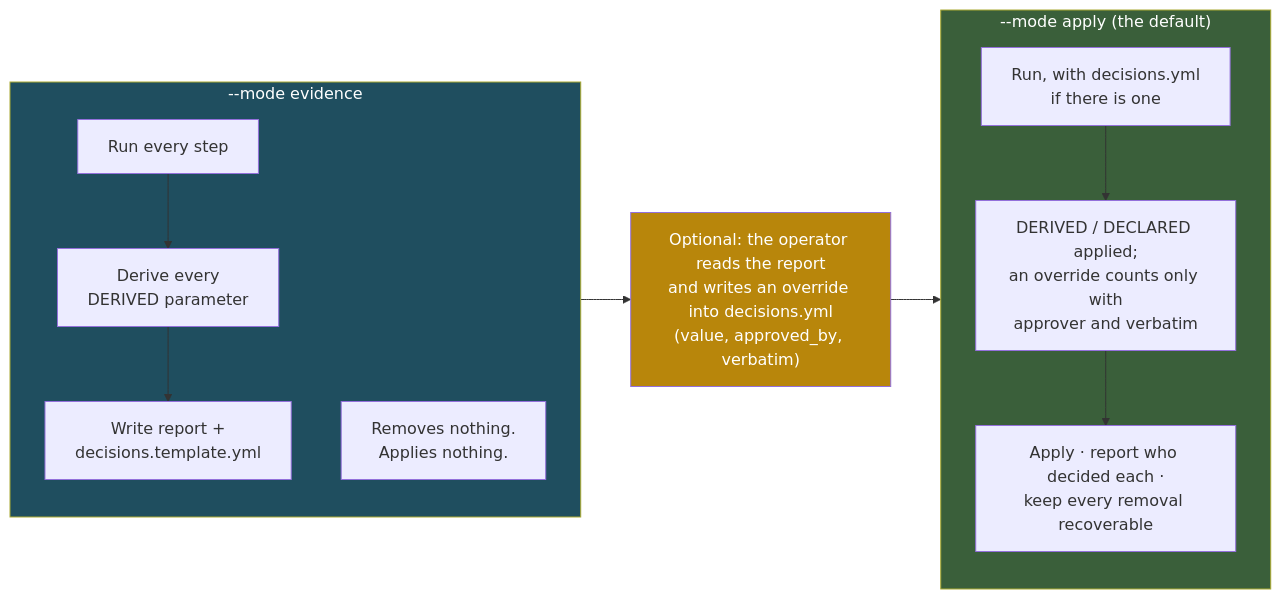
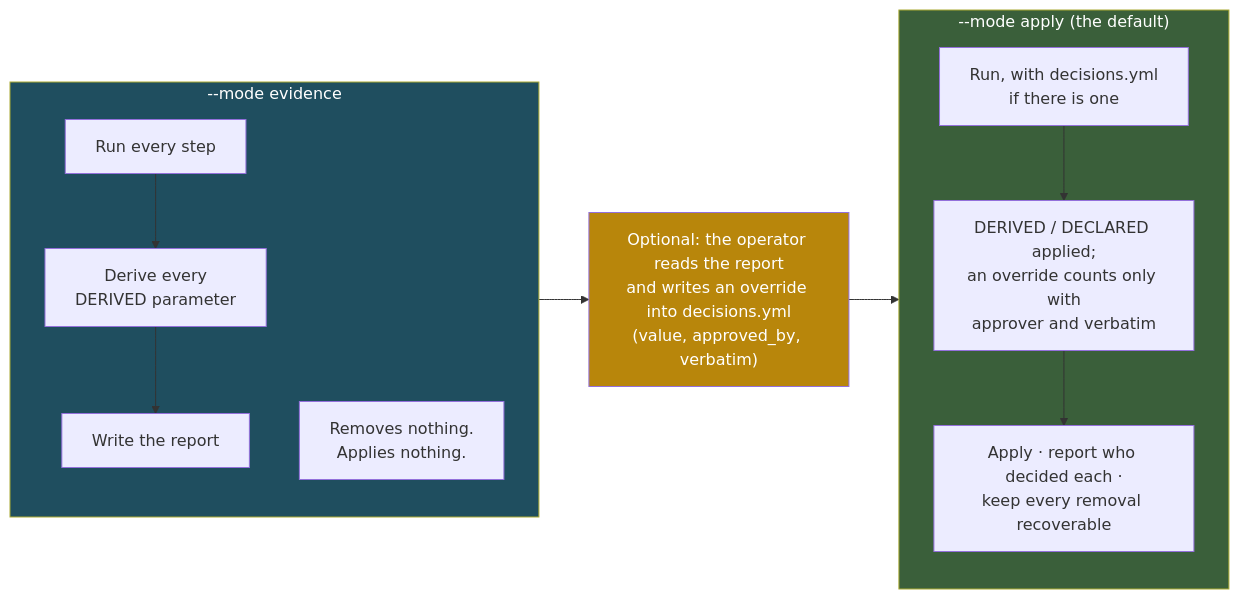
One commit to JiaenLin/scQC changed the second of 3 diagrams in docs/WORKFLOW.md. Above: the diagram before and after it, drawn with Mermaid. The commit also changed other lines of this file and 11 other files, not shown here.

````diff
--- a/docs/WORKFLOW.md
+++ b/docs/WORKFLOW.md
@@ -232,19 +235,19 @@
 ```mermaid
 flowchart LR
     subgraph E["--mode evidence"]
         direction TB
         E1["Run every step"] --> E2["Derive every<br/>DERIVED parameter"]
-        E2 --> E3["Write report +<br/>decisions.template.yml"]
+        E2 --> E3["Write the report"]
         E4["Removes nothing.<br/>Applies nothing."]
     end
     E3 --> H["Optional: the operator reads the report<br/>and writes an override into decisions.yml<br/>(value, approved_by, verbatim)"]
     H --> A
     subgraph A["--mode apply (the default)"]
         direction TB
         A1["Run, with decisions.yml<br/>if there is one"] --> A2["DERIVED / DECLARED applied;<br/>an override counts only with<br/>approver and verbatim"]
         A2 --> A3["Apply · report who decided each ·<br/>keep every removal recoverable"]
     end
     style E fill:#1F4E5F,color:#fff
     style A fill:#3A5F3A,color:#fff
     style H fill:#B8860B,color:#fff
 ```
````
